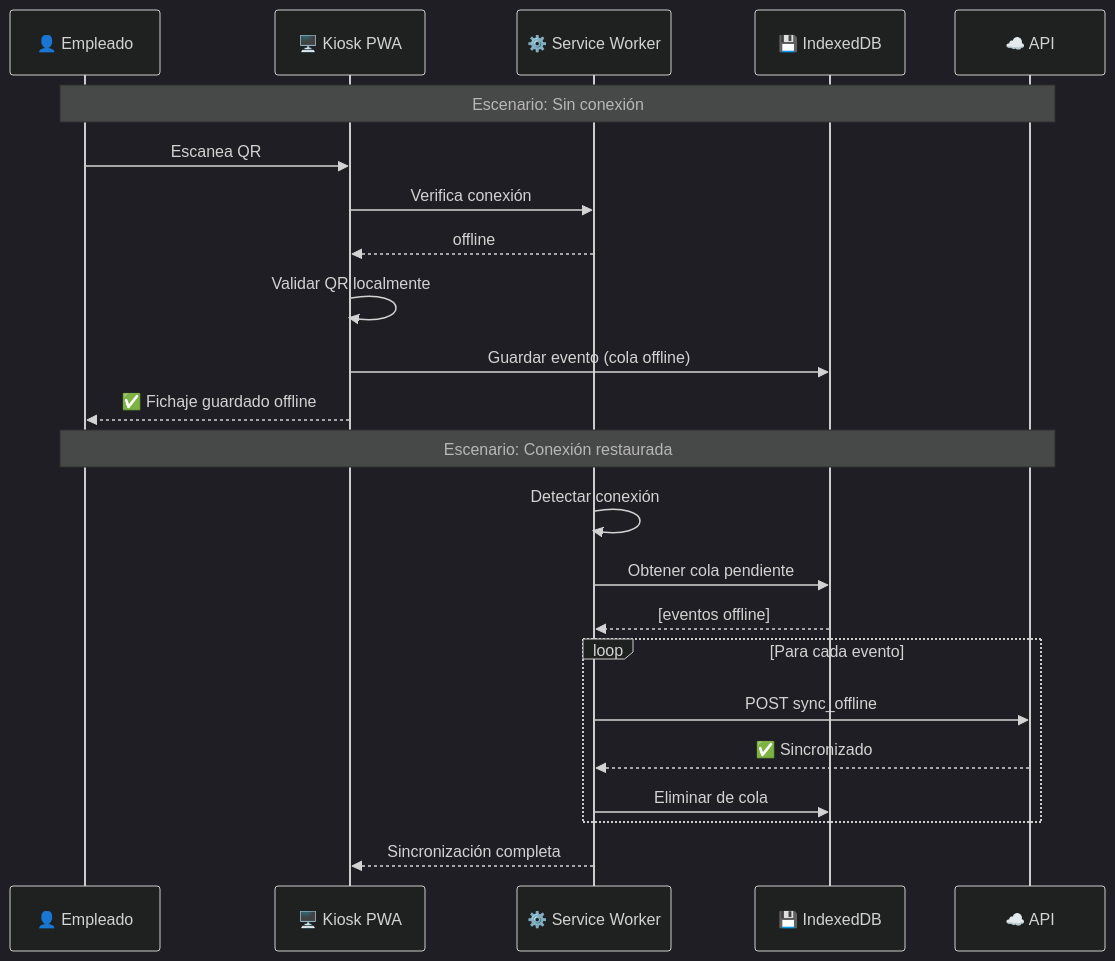
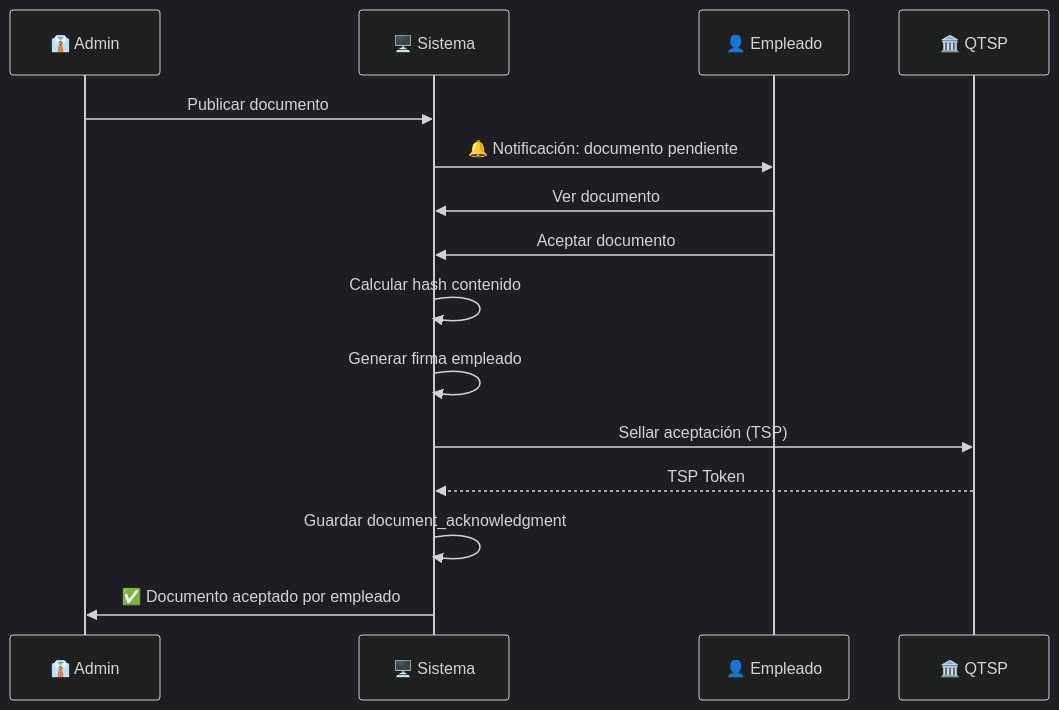
Diagram 19 of 23 in README.md (moimene/time-control-hub), drawn with Mermaid (dark theme) before and after one commit. The commit also changed other lines of this file, not shown here.

````diff
--- a/README.md
+++ b/README.md
@@ -1054,32 +1011,21 @@
 ```mermaid
 sequenceDiagram
-    participant USER as 👤 Empleado
-    participant KIOSK as 🖥️ Kiosk PWA
-    participant SW as ⚙️ Service Worker
-    participant IDB as 💾 IndexedDB
-    participant API as ☁️ API
+    participant ADMIN as 👔 Admin
+    participant SYS as 🖥️ Sistema
+    participant EMP as 👤 Empleado
+    participant QTSP as 🏛️ QTSP
 
-    Note over USER,API: Escenario: Sin conexión
-
-    USER->>KIOSK: Escanea QR
-    KIOSK->>SW: Verifica conexión
-    SW-->>KIOSK: offline
+    ADMIN->>SYS: Publicar documento
+    SYS->>EMP: 🔔 Notificación: documento pendiente
     
-    KIOSK->>KIOSK: Validar QR localmente
-    KIOSK->>IDB: Guardar evento (cola offline)
-    KIOSK-->>USER: ✅ Fichaje guardado offline
-
-    Note over USER,API: Escenario: Conexión restaurada
-
-    SW->>SW: Detectar conexión
-    SW->>IDB: Obtener cola pendiente
-    IDB-->>SW: [eventos offline]
+    EMP->>SYS: Ver documento
+    EMP->>SYS: Aceptar documento
     
-    loop Para cada evento
-        SW->>API: POST sync_offline
-        API-->>SW: ✅ Sincronizado
-        SW->>IDB: Eliminar de cola
-    end
+    SYS->>SYS: Calcular hash contenido
+    SYS->>SYS: Generar firma empleado
+    SYS->>QTSP: Sellar aceptación (TSP)
+    QTSP-->>SYS: TSP Token
     
-    SW-->>KIOSK: Sincronización completa
+    SYS->>SYS: Guardar document_acknowledgment
+    SYS->>ADMIN: ✅ Documento aceptado por empleado
 ```
````
